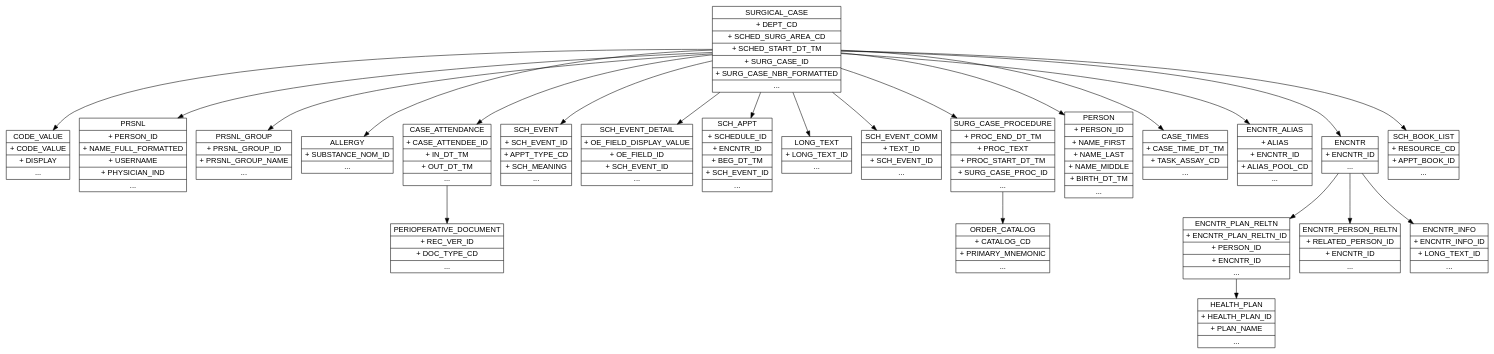
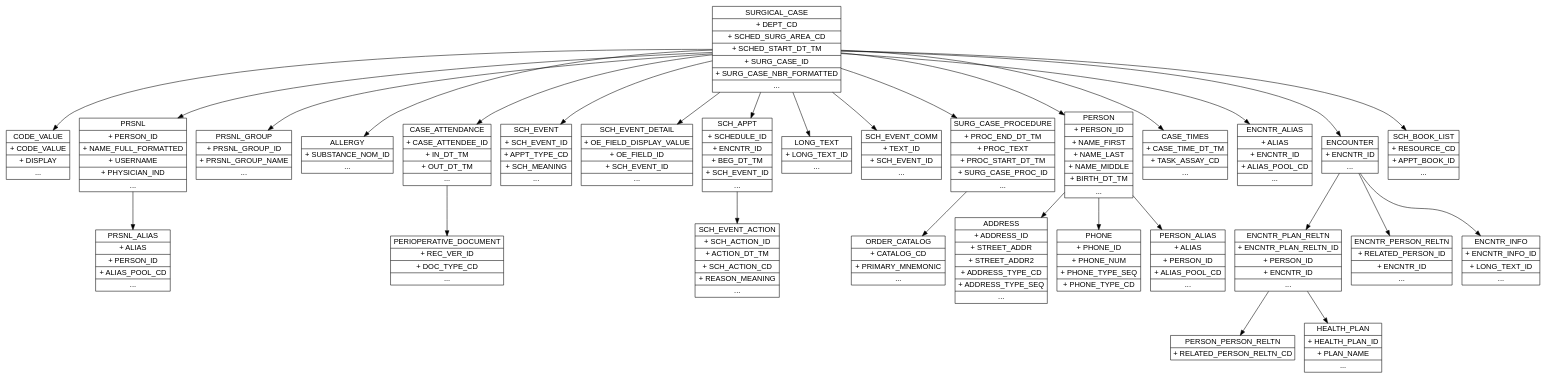
The diagram in dot/Planner-Cases-Query.dot (GabeSchaffer/LiveData-queries), drawn with Graphviz before and after one commit.

Commit message:
Add missing tables

```diff
--- a/dot/Planner-Cases-Query.dot
+++ b/dot/Planner-Cases-Query.dot
@@ -1,52 +1,64 @@
 digraph ERD {
     node [shape=record, fontname = "Arial"];
     graph [fontname = "Arial"];
     edge [fontname = "Arial"];
 
     SURGICAL_CASE [label="{SURGICAL_CASE|+ DEPT_CD|+ SCHED_SURG_AREA_CD|+ SCHED_START_DT_TM|+ SURG_CASE_ID|+ SURG_CASE_NBR_FORMATTED|...}"];
     CODE_VALUE [label="{CODE_VALUE|+ CODE_VALUE|+ DISPLAY|...}"];
     PRSNL [label="{PRSNL|+ PERSON_ID|+ NAME_FULL_FORMATTED|+ USERNAME|+ PHYSICIAN_IND|...}"];
+    PRSNL_ALIAS [label="{PRSNL_ALIAS|+ ALIAS|+ PERSON_ID|+ ALIAS_POOL_CD|...}"];
     PRSNL_GROUP [label="{PRSNL_GROUP|+ PRSNL_GROUP_ID|+ PRSNL_GROUP_NAME|...}"];
     ALLERGY [label="{ALLERGY|+ SUBSTANCE_NOM_ID|...}"];
     CASE_ATTENDANCE [label="{CASE_ATTENDANCE|+ CASE_ATTENDEE_ID|+ IN_DT_TM|+ OUT_DT_TM|...}"];
     PERIOPERATIVE_DOCUMENT [label="{PERIOPERATIVE_DOCUMENT|+ REC_VER_ID|+ DOC_TYPE_CD|...}"];
     SCH_EVENT [label="{SCH_EVENT|+ SCH_EVENT_ID|+ APPT_TYPE_CD|+ SCH_MEANING|...}"];
+    SCH_EVENT_ACTION [label="{SCH_EVENT_ACTION|+ SCH_ACTION_ID|+ ACTION_DT_TM|+ SCH_ACTION_CD|+ REASON_MEANING|...}"];
     SCH_EVENT_DETAIL [label="{SCH_EVENT_DETAIL|+ OE_FIELD_DISPLAY_VALUE|+ OE_FIELD_ID|+ SCH_EVENT_ID|...}"];
     SCH_APPT [label="{SCH_APPT|+ SCHEDULE_ID|+ ENCNTR_ID|+ BEG_DT_TM|+ SCH_EVENT_ID|...}"];
     LONG_TEXT [label="{LONG_TEXT|+ LONG_TEXT_ID|...}"];
     SCH_EVENT_COMM [label="{SCH_EVENT_COMM|+ TEXT_ID|+ SCH_EVENT_ID|...}"];
     SURG_CASE_PROCEDURE [label="{SURG_CASE_PROCEDURE|+ PROC_END_DT_TM|+ PROC_TEXT|+ PROC_START_DT_TM|+ SURG_CASE_PROC_ID|...}"];
     ORDER_CATALOG [label="{ORDER_CATALOG|+ CATALOG_CD|+ PRIMARY_MNEMONIC|...}"];
     PERSON [label="{PERSON|+ PERSON_ID|+ NAME_FIRST|+ NAME_LAST|+ NAME_MIDDLE|+ BIRTH_DT_TM|...}"];
+    ADDRESS [label="{ADDRESS|+ ADDRESS_ID|+ STREET_ADDR|+ STREET_ADDR2|+ ADDRESS_TYPE_CD|+ ADDRESS_TYPE_SEQ|...}"];
+    PHONE [label="{PHONE|+ PHONE_ID|+ PHONE_NUM|+ PHONE_TYPE_SEQ|+ PHONE_TYPE_CD}"];
+    PERSON_ALIAS [label="{PERSON_ALIAS|+ ALIAS|+ PERSON_ID|+ ALIAS_POOL_CD|...}"];
     CASE_TIMES [label="{CASE_TIMES|+ CASE_TIME_DT_TM|+ TASK_ASSAY_CD|...}"];
     ENCNTR_ALIAS [label="{ENCNTR_ALIAS|+ ALIAS|+ ENCNTR_ID|+ ALIAS_POOL_CD|...}"];
-    ENCNTR [label="{ENCNTR|+ ENCNTR_ID|...}"];
+    ENCNTR [label="{ENCOUNTER|+ ENCNTR_ID|...}"];
     ENCNTR_PLAN_RELTN [label="{ENCNTR_PLAN_RELTN|+ ENCNTR_PLAN_RELTN_ID|+ PERSON_ID|+ ENCNTR_ID|...}"];
+    PERSON_PERSON_RELTN [label="{PERSON_PERSON_RELTN|+ RELATED_PERSON_RELTN_CD}"];
     HEALTH_PLAN [label="{HEALTH_PLAN|+ HEALTH_PLAN_ID|+ PLAN_NAME|...}"];
     ENCNTR_PERSON_RELTN [label="{ENCNTR_PERSON_RELTN|+ RELATED_PERSON_ID|+ ENCNTR_ID|...}"];
     ENCNTR_INFO [label="{ENCNTR_INFO|+ ENCNTR_INFO_ID|+ LONG_TEXT_ID|...}"];
     SCH_BOOK_LIST [label="{SCH_BOOK_LIST|+ RESOURCE_CD|+ APPT_BOOK_ID|...}"];
 
     SURGICAL_CASE -> CODE_VALUE;
     SURGICAL_CASE -> PRSNL;
+    PRSNL -> PRSNL_ALIAS;
     SURGICAL_CASE -> PRSNL_GROUP;
     SURGICAL_CASE -> ALLERGY;
     SURGICAL_CASE -> CASE_ATTENDANCE;
     CASE_ATTENDANCE -> PERIOPERATIVE_DOCUMENT;
     SURGICAL_CASE -> SCH_EVENT;
     SURGICAL_CASE -> SCH_EVENT_DETAIL;
     SURGICAL_CASE -> SCH_APPT;
+    SCH_APPT -> SCH_EVENT_ACTION;
     SURGICAL_CASE -> LONG_TEXT;
     SURGICAL_CASE -> SCH_EVENT_COMM;
     SURGICAL_CASE -> SURG_CASE_PROCEDURE;
     SURG_CASE_PROCEDURE -> ORDER_CATALOG;
     SURGICAL_CASE -> PERSON;
+    PERSON -> ADDRESS;
+    PERSON -> PHONE;
+    PERSON -> PERSON_ALIAS;
     SURGICAL_CASE -> CASE_TIMES;
     SURGICAL_CASE -> ENCNTR_ALIAS;
     SURGICAL_CASE -> ENCNTR;
     ENCNTR -> ENCNTR_PLAN_RELTN;
     ENCNTR_PLAN_RELTN -> HEALTH_PLAN;
+    ENCNTR_PLAN_RELTN -> PERSON_PERSON_RELTN;
     ENCNTR -> ENCNTR_PERSON_RELTN;
     ENCNTR -> ENCNTR_INFO;
     SURGICAL_CASE -> SCH_BOOK_LIST;
 }
```
